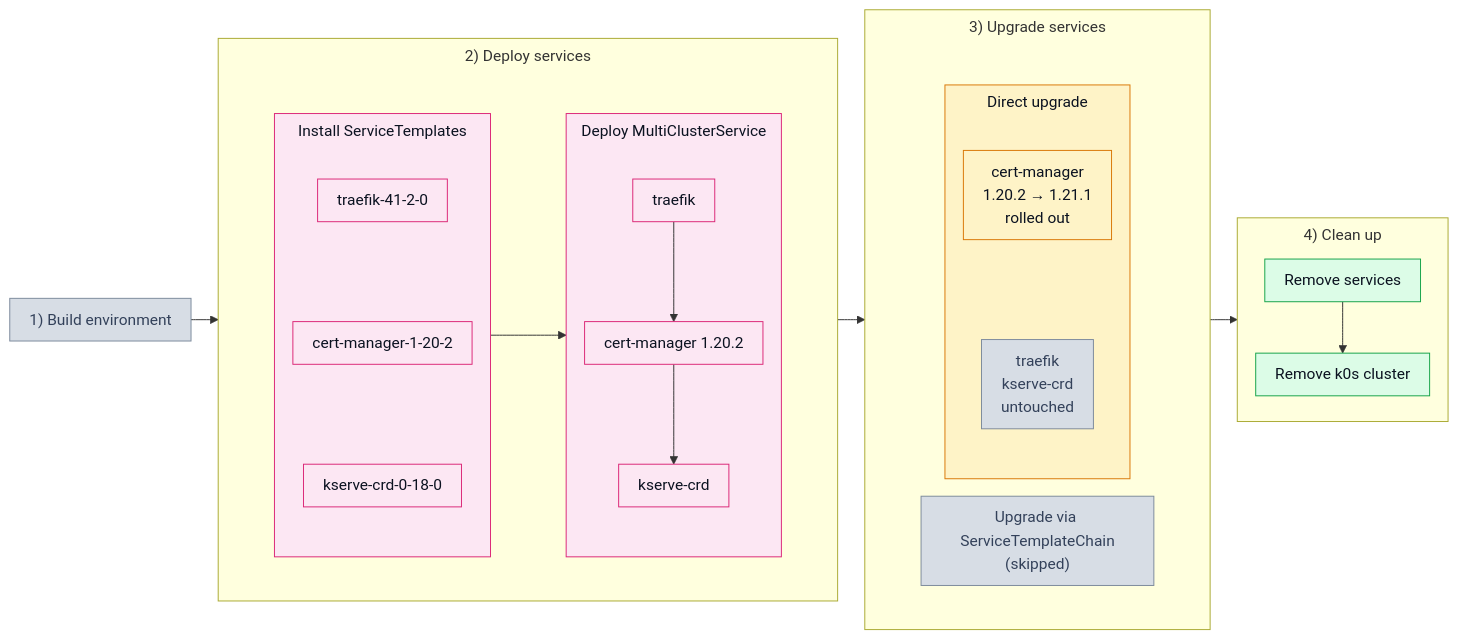
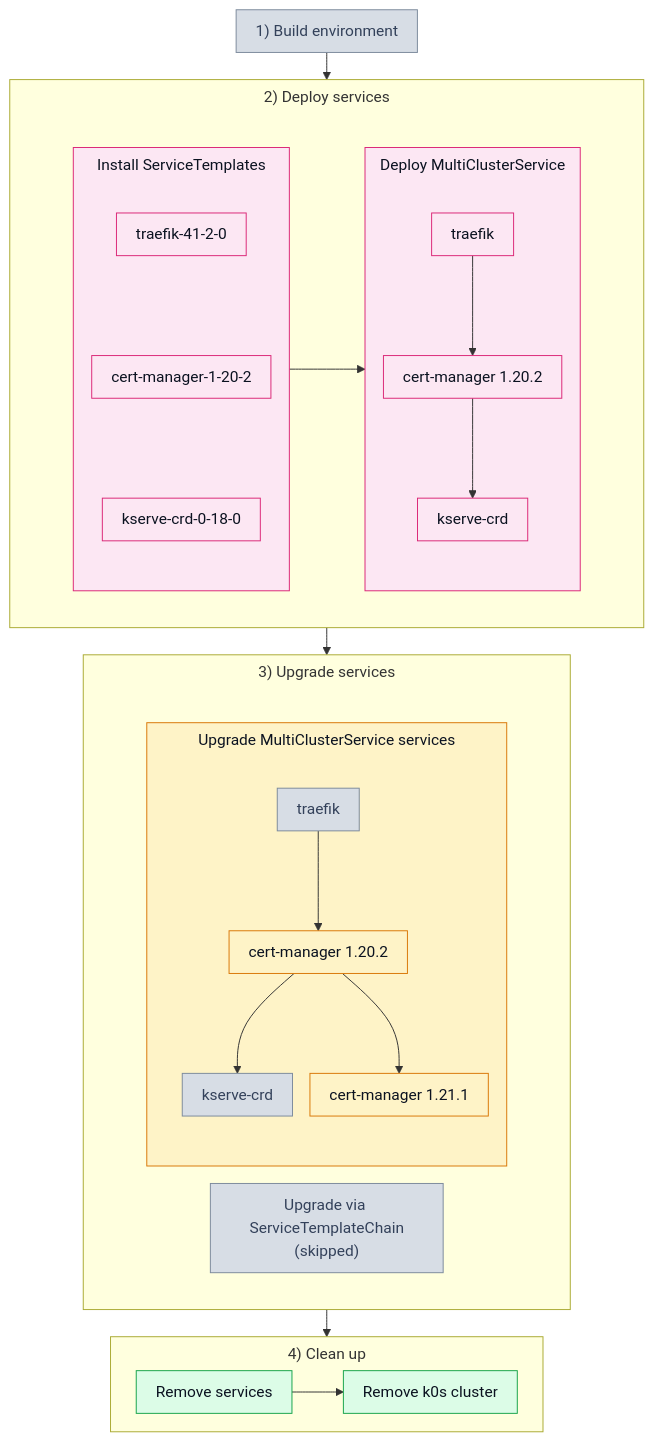
One commit to josef-hak/ksm-tests changed the diagram in test_scenarios/301_upgrade.md. Above: the diagram before and after it, drawn with Mermaid.

Commit message:
docs: 301 schema top-down, upgrade box mirrors the deploy box

````diff
--- a/test_scenarios/301_upgrade.md
+++ b/test_scenarios/301_upgrade.md
@@ -21,52 +21,53 @@
 ```mermaid
 %%{init: {'flowchart': {'padding': 10, 'nodeSpacing': 18, 'rankSpacing': 28, 'subGraphTitleMargin': {'top': 6, 'bottom': 10}}}}%%
-flowchart LR
+flowchart TB
     P1["1) Build environment"]
 
     subgraph P2["2) Deploy services"]
         subgraph W2[" "]
             direction LR
             subgraph D1["Install ServiceTemplates"]
                 direction TB
                 T1["traefik-41-2-0"] ~~~ T2["cert-manager-1-20-2"] ~~~ T3["kserve-crd-0-18-0"]
             end
 
             subgraph D2["Deploy MultiClusterService"]
                 direction TB
                 M1["traefik"] --> M2["cert-manager 1.20.2"] --> M3["kserve-crd"]
             end
 
             D1 --> D2
         end
     end
 
     subgraph P3["3) Upgrade services"]
         subgraph W3[" "]
             direction LR
-            subgraph U1["Direct upgrade"]
+            subgraph U1["Upgrade MultiClusterService services"]
                 direction TB
-                S1["cert-manager<br/>1.20.2 → 1.21.1<br/>rolled out"] ~~~ S2["traefik<br/>kserve-crd<br/>untouched"]
+                V1["traefik"] --> V2["cert-manager 1.20.2"] --> V3["kserve-crd"]
+                V2 --> V4["cert-manager 1.21.1"]
             end
 
             U2["Upgrade via ServiceTemplateChain<br/>(skipped)"]
         end
     end
 
     subgraph P4["4) Clean up"]
         C1["Remove services"] --> C2["Remove k0s cluster"]
     end
 
     P1 --> P2 --> P3 --> P4
 
     classDef off fill:#d7dde5,stroke:#7c8a9c,color:#33415a
     classDef pink fill:#fce7f3,stroke:#db2777,color:#0b1220
     classDef amber fill:#fef3c7,stroke:#d97706,color:#0b1220
     classDef green fill:#dcfce7,stroke:#16a34a,color:#0b1220
     classDef bare fill:none,stroke:none
 
-    class P1,U2,S2 off
+    class P1,U2,V1,V3 off
     class D1,D2,T1,T2,T3,M1,M2,M3 pink
-    class U1,S1 amber
+    class U1,V2,V4 amber
     class C1,C2 green
     class W2,W3 bare
 ```
````
